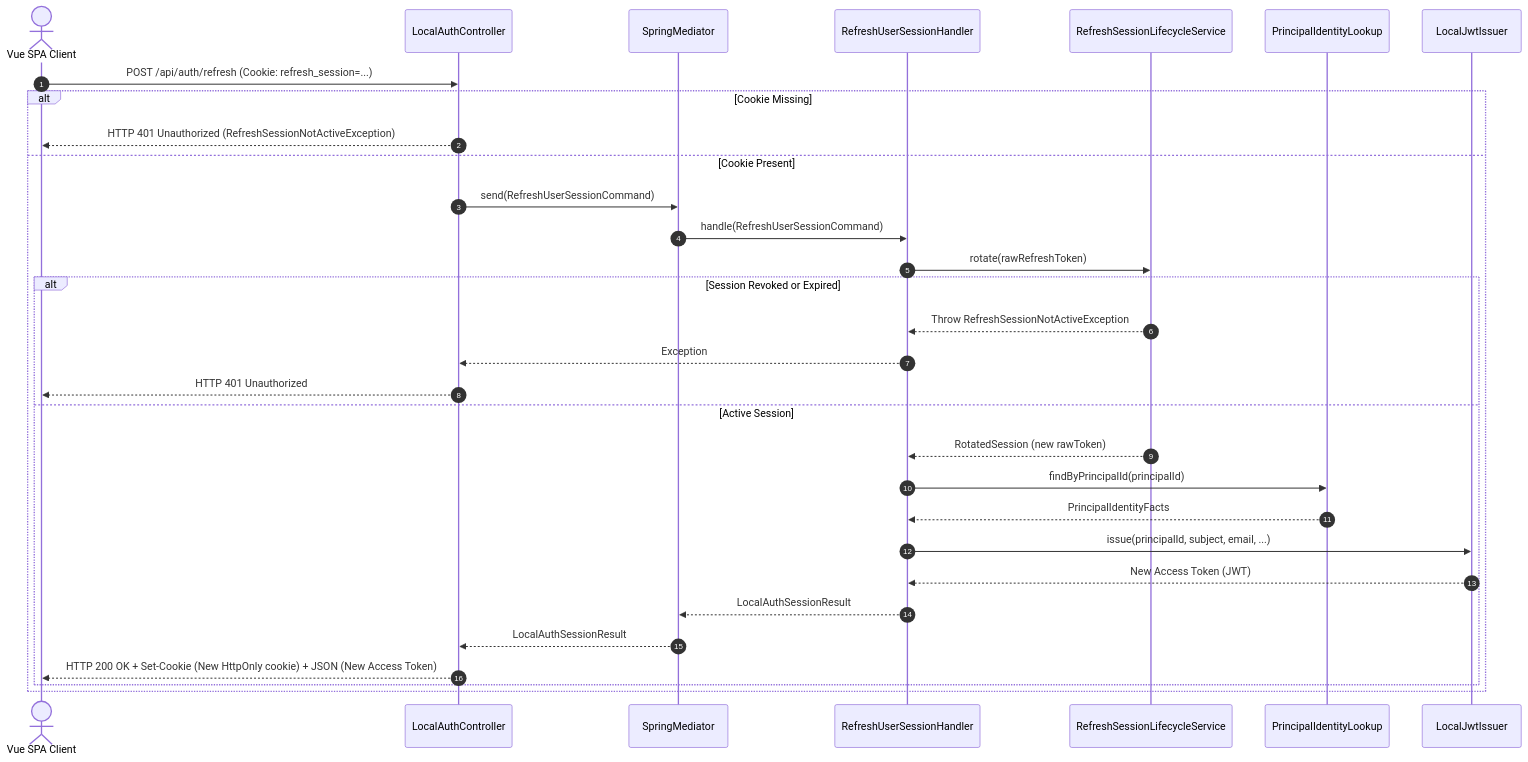
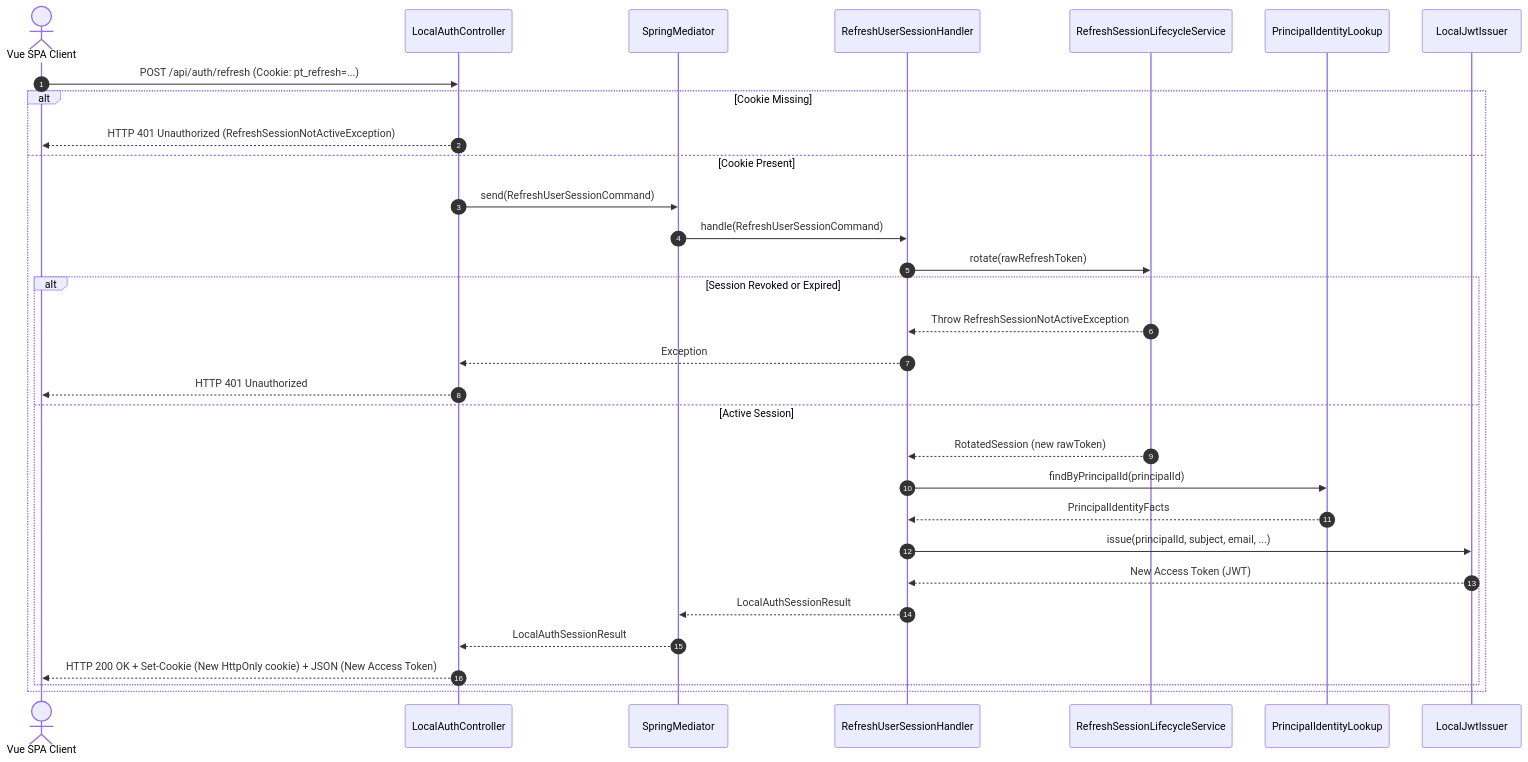
One commit to dallay/profiletailors.com changed the second of 4 diagrams in docs/architecture/login-flow.md. Above: the diagram before and after it, drawn with Mermaid. The commit also changed other lines of this file and 1 other file, not shown here.

````diff
--- a/docs/architecture/login-flow.md
+++ b/docs/architecture/login-flow.md
@@ -93,37 +96,37 @@
 ```mermaid
 sequenceDiagram
     autonumber
     actor User as Vue SPA Client
     participant Controller as LocalAuthController
     participant Mediator as SpringMediator
     participant Handler as RefreshUserSessionHandler
     participant RefreshService as RefreshSessionLifecycleService
     participant IdentityLookup as PrincipalIdentityLookup
     participant JwtIssuer as LocalJwtIssuer
 
-    User->>Controller: POST /api/auth/refresh (Cookie: refresh_session=...)
+    User->>Controller: POST /api/auth/refresh (Cookie: pt_refresh=...)
     alt Cookie Missing
         Controller-->>User: HTTP 401 Unauthorized (RefreshSessionNotActiveException)
     else Cookie Present
         Controller->>Mediator: send(RefreshUserSessionCommand)
         Mediator->>Handler: handle(RefreshUserSessionCommand)
 
         Handler->>RefreshService: rotate(rawRefreshToken)
         alt Session Revoked or Expired
             RefreshService-->>Handler: Throw RefreshSessionNotActiveException
             Handler-->>Controller: Exception
             Controller-->>User: HTTP 401 Unauthorized
         else Active Session
             RefreshService-->>Handler: RotatedSession (new rawToken)
             Handler->>IdentityLookup: findByPrincipalId(principalId)
             IdentityLookup-->>Handler: PrincipalIdentityFacts
 
             Handler->>JwtIssuer: issue(principalId, subject, email, ...)
             JwtIssuer-->>Handler: New Access Token (JWT)
 
             Handler-->>Mediator: LocalAuthSessionResult
             Mediator-->>Controller: LocalAuthSessionResult
             Controller-->>User: HTTP 200 OK + Set-Cookie (New HttpOnly cookie) + JSON (New Access Token)
         end
     end
 ```
````
